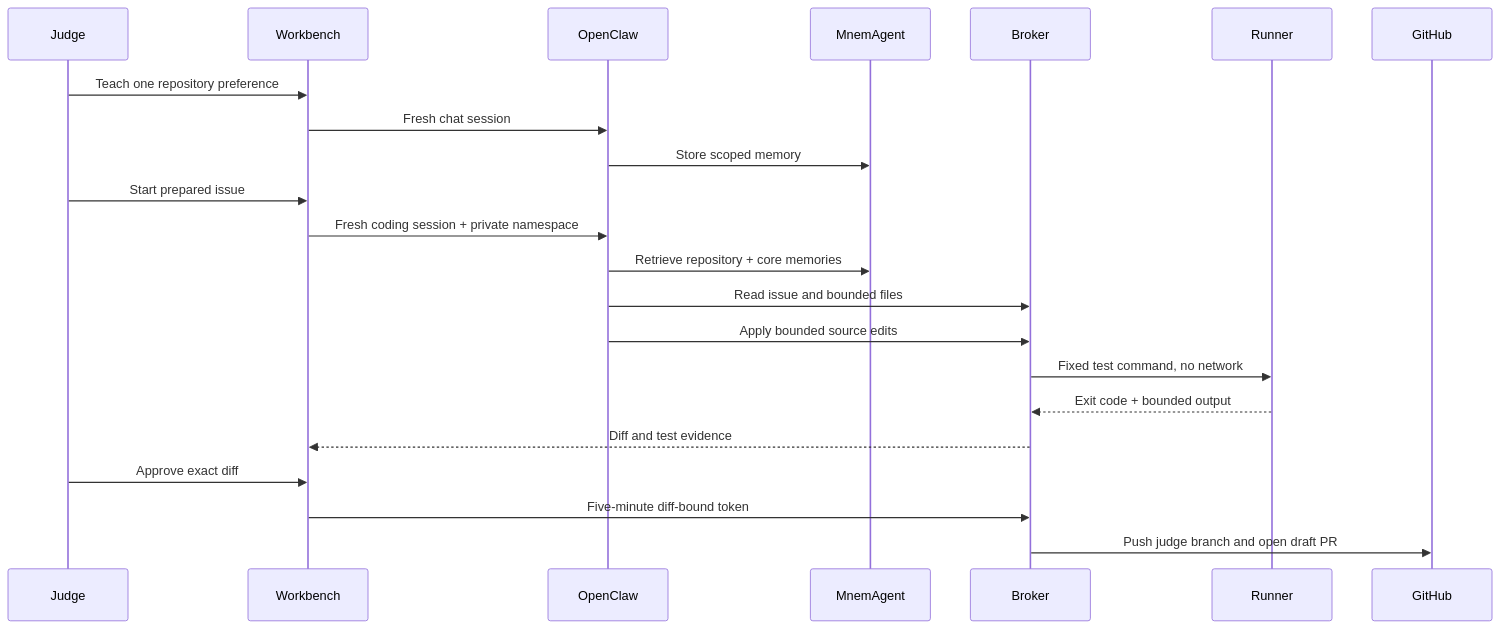
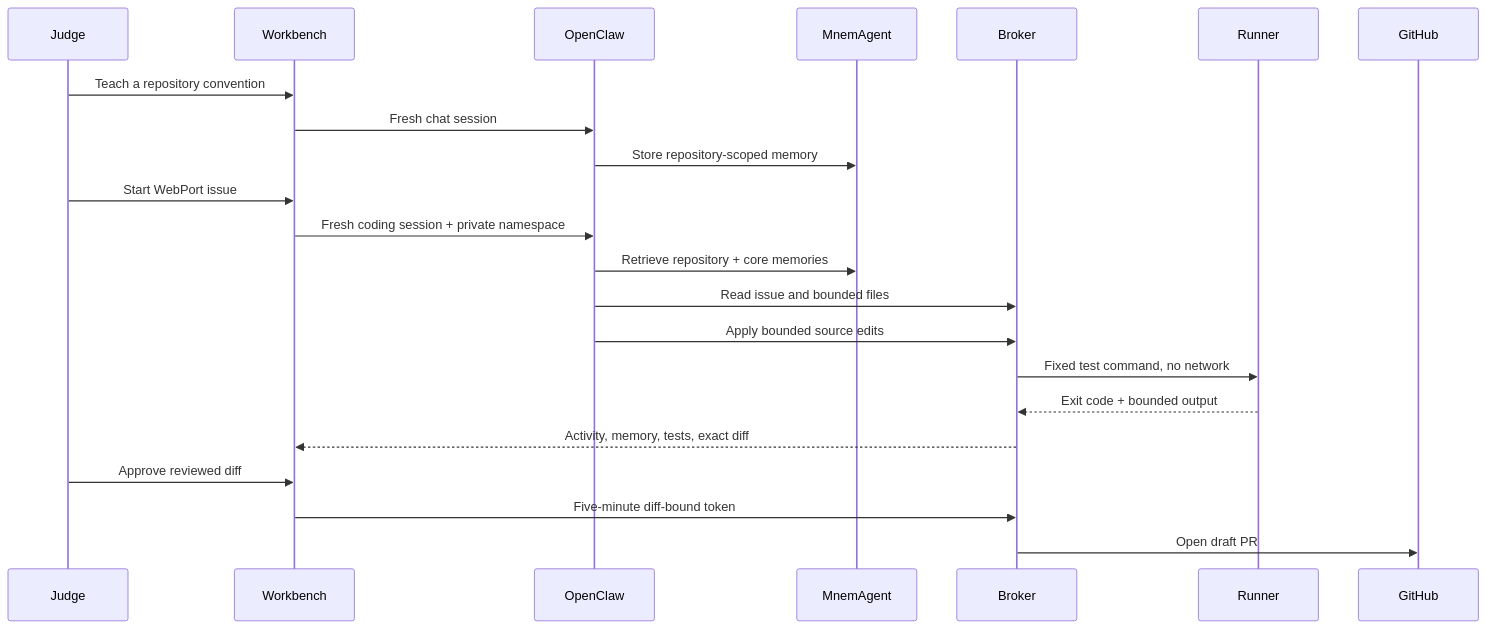
The diagram in docs/MNEMCODE_DEMO.md (crankysmh47/MnemAgent), drawn with Mermaid before and after one commit. The commit also changed other lines of this file and 53 other files, not shown here.

Commit message:
feat: finalize judge-ready memory submission

````diff
--- a/docs/MNEMCODE_DEMO.md
+++ b/docs/MNEMCODE_DEMO.md
@@ -7,24 +7,24 @@
 ```mermaid
 sequenceDiagram
   participant J as Judge
   participant U as Workbench
   participant O as OpenClaw
   participant M as MnemAgent
   participant B as Broker
   participant R as Runner
   participant G as GitHub
-  J->>U: Teach one repository preference
+  J->>U: Teach a repository convention
   U->>O: Fresh chat session
-  O->>M: Store scoped memory
-  J->>U: Start prepared issue #14
+  O->>M: Store repository-scoped memory
+  J->>U: Start WebPort issue #14
   U->>O: Fresh coding session + private namespace
   O->>M: Retrieve repository + core memories
   O->>B: Read issue and bounded files
   O->>B: Apply bounded source edits
   B->>R: Fixed test command, no network
   R-->>B: Exit code + bounded output
-  B-->>U: Diff and test evidence
-  J->>U: Approve exact diff
+  B-->>U: Activity, memory, tests, exact diff
+  J->>U: Approve reviewed diff
   U->>B: Five-minute diff-bound token
-  B->>G: Push judge branch and open draft PR
+  B->>G: Open draft PR
 ```
````
